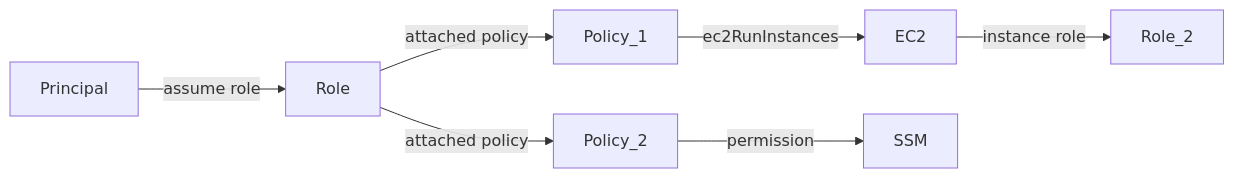
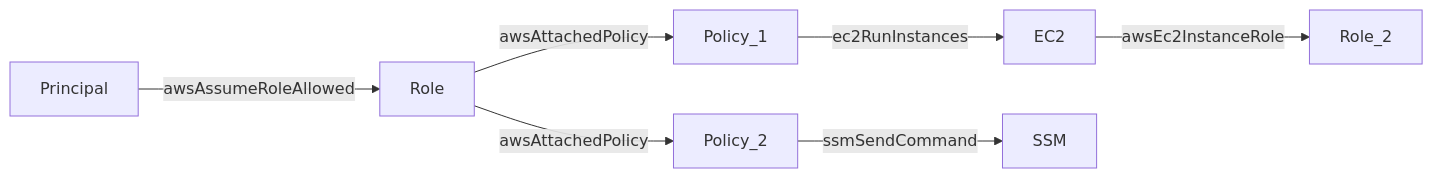
The diagram in README.md (VirtueSecurity/IAMhounddog), drawn with Mermaid before and after one commit. The commit also changed other lines of this file, not shown here.

````diff
--- a/README.md
+++ b/README.md
@@ -90,9 +99,9 @@
 ```mermaid
 graph LR;
-    Principal-->|assume role|Role;
-    Role-->|attached policy|Policy_1;
-    Role-->|attached policy|Policy_2;
+    Principal-->|awsAssumeRoleAllowed|Role;
+    Role-->|awsAttachedPolicy|Policy_1;
+    Role-->|awsAttachedPolicy|Policy_2;
     Policy_1-->|ec2RunInstances|EC2;
-    Policy_2-->|permission|SSM;
-    EC2-->|instance role|Role_2;
+    Policy_2-->|ssmSendCommand|SSM;
+    EC2-->|awsEc2InstanceRole|Role_2;
 ```
````
